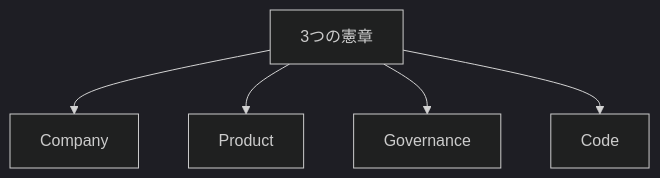
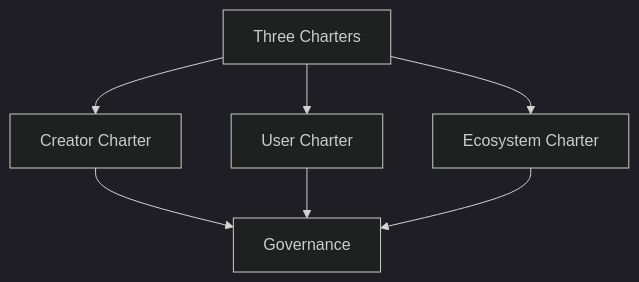
One commit to ShigeichiroYamasaki/creator-first-platform changed the sixth of 46 diagrams in docs/whitepaper/13-roadmap.md. Above: the diagram before and after it, drawn with Mermaid (dark theme). The commit also changed other lines of this file, not shown here.

````diff
--- a/docs/whitepaper/13-roadmap.md
+++ b/docs/whitepaper/13-roadmap.md
@@ -151,8 +162,12 @@
 ```mermaid
 flowchart TD
-    CHARTER[3つの憲章]
-    CHARTER --> COMPANY[Company]
-    CHARTER --> PRODUCT[Product]
-    CHARTER --> GOV[Governance]
-    CHARTER --> CODE[Code]
+    CHARTER[Three Charters]
+
+    CHARTER --> CC[Creator Charter]
+    CHARTER --> UC[User Charter]
+    CHARTER --> EC[Ecosystem Charter]
+
+    CC --> GOV[Governance]
+    UC --> GOV
+    EC --> GOV
 ```
````
